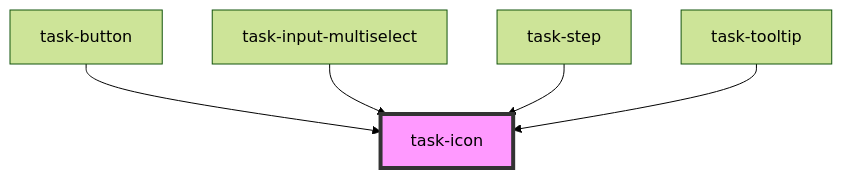
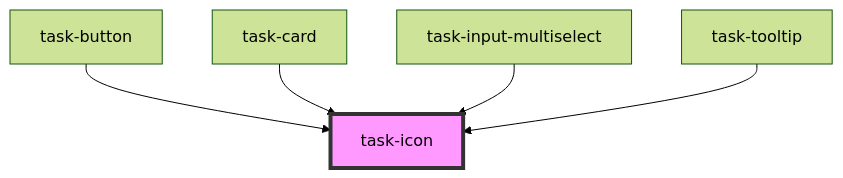
One commit to dschultz0/task-components changed the diagram in src/components/task-icon/readme.md. Above: the diagram before and after it, drawn with Mermaid (forest theme). The commit also changed other lines of this file and 24 other files, not shown here.

````diff
--- a/src/components/task-icon/readme.md
+++ b/src/components/task-icon/readme.md
@@ -26,8 +26,8 @@
 ```mermaid
 graph TD;
   task-button --> task-icon
+  task-card --> task-icon
   task-input-multiselect --> task-icon
-  task-step --> task-icon
   task-tooltip --> task-icon
   style task-icon fill:#f9f,stroke:#333,stroke-width:4px
 ```
````
